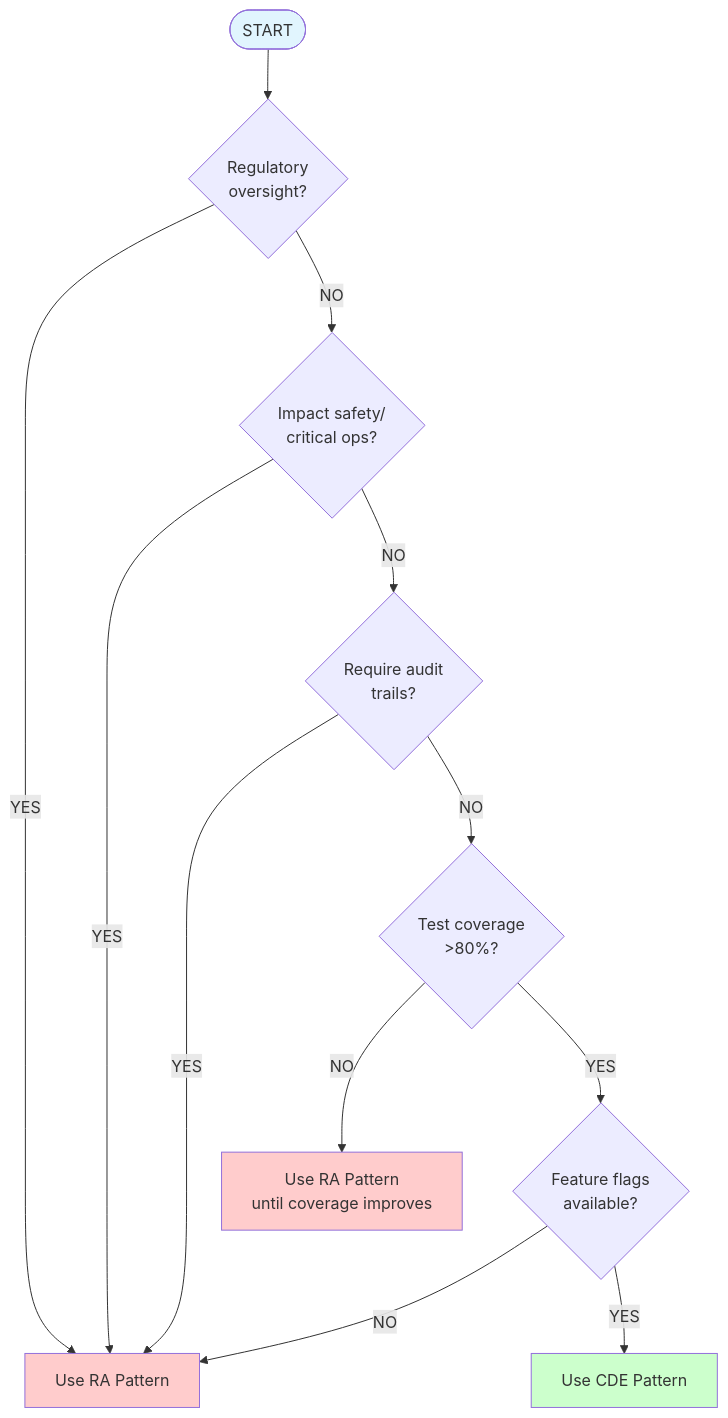
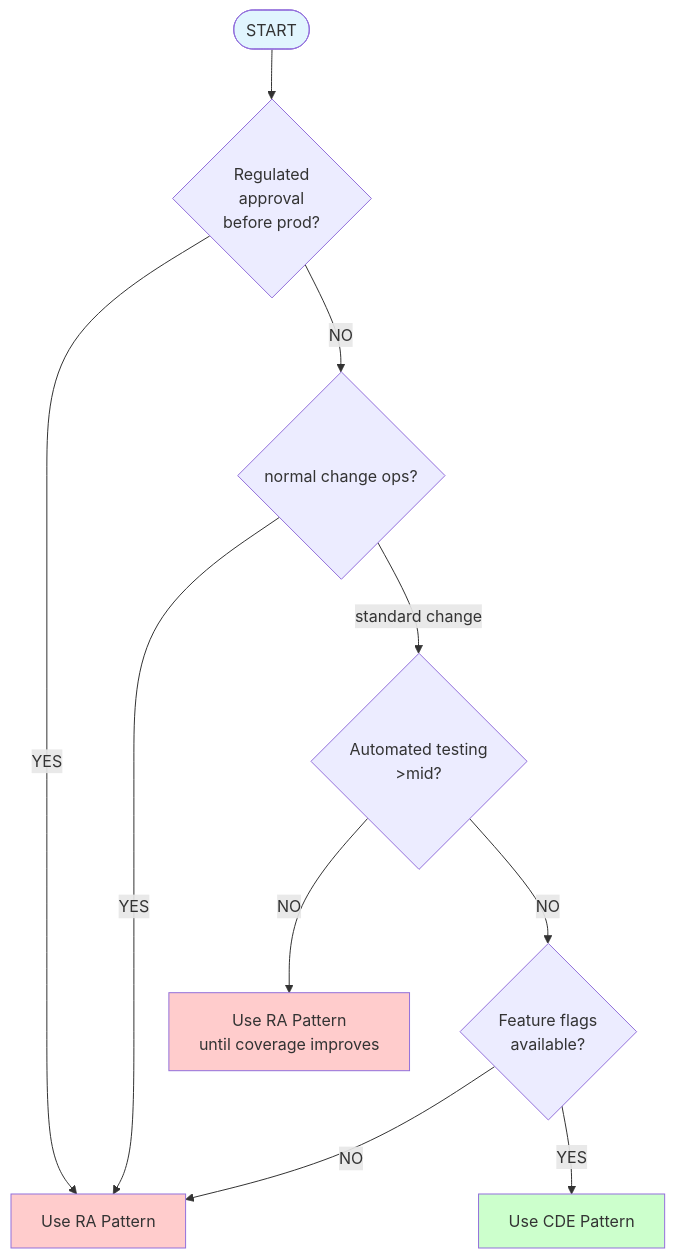
Before and after one commit to ready-to-release/eac: the diagram in docs/explanation/continuous-delivery/cd-model/implementation-patterns.md, drawn with Mermaid. The commit also changed other lines of this file and 37 other files, not shown here.

````diff
--- a/docs/explanation/continuous-delivery/cd-model/implementation-patterns.md
+++ b/docs/explanation/continuous-delivery/cd-model/implementation-patterns.md
@@ -304,27 +311,24 @@
 ```mermaid
 flowchart TD
     Start([START])
-    Q1{Regulatory<br/>oversight?}
-    Q2{Impact safety/<br/>critical ops?}
-    Q3{Require audit<br/>trails?}
-    Q4{Test coverage<br/>>80%?}
-    Q5{Feature flags<br/>available?}
+    Q1{Regulated<br/>approval<br/>before prod?}
+    Q2{normal change ops?}
+    Q3{Automated testing<br/>>mid?}
+    Q4{Feature flags<br/>available?}
     RA[Use RA Pattern]
     RANote[Use RA Pattern<br/>until coverage improves]
     CDE[Use CDE Pattern]
     Start --> Q1
     Q1 -->|YES| RA
     Q1 -->|NO| Q2
     Q2 -->|YES| RA
-    Q2 -->|NO| Q3
-    Q3 -->|YES| RA
+    Q2 -->|standard change| Q3
+    Q3 -->|NO| RANote
     Q3 -->|NO| Q4
-    Q4 -->|NO| RANote
-    Q4 -->|YES| Q5
-    Q5 -->|NO| RA
-    Q5 -->|YES| CDE
+    Q4 -->|NO| RA
+    Q4 -->|YES| CDE
     style RA fill:#ffcccc
     style RANote fill:#ffcccc
     style CDE fill:#ccffcc
     style Start fill:#e1f5fe
 ```
````
